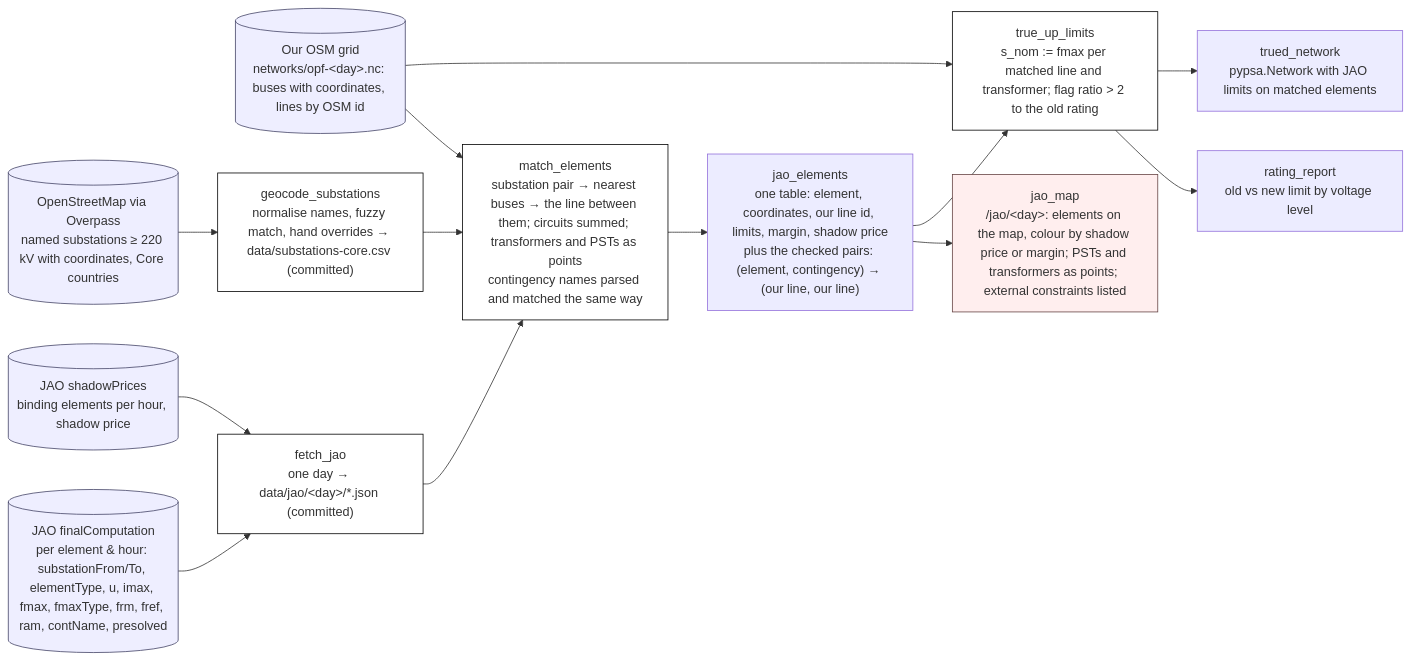
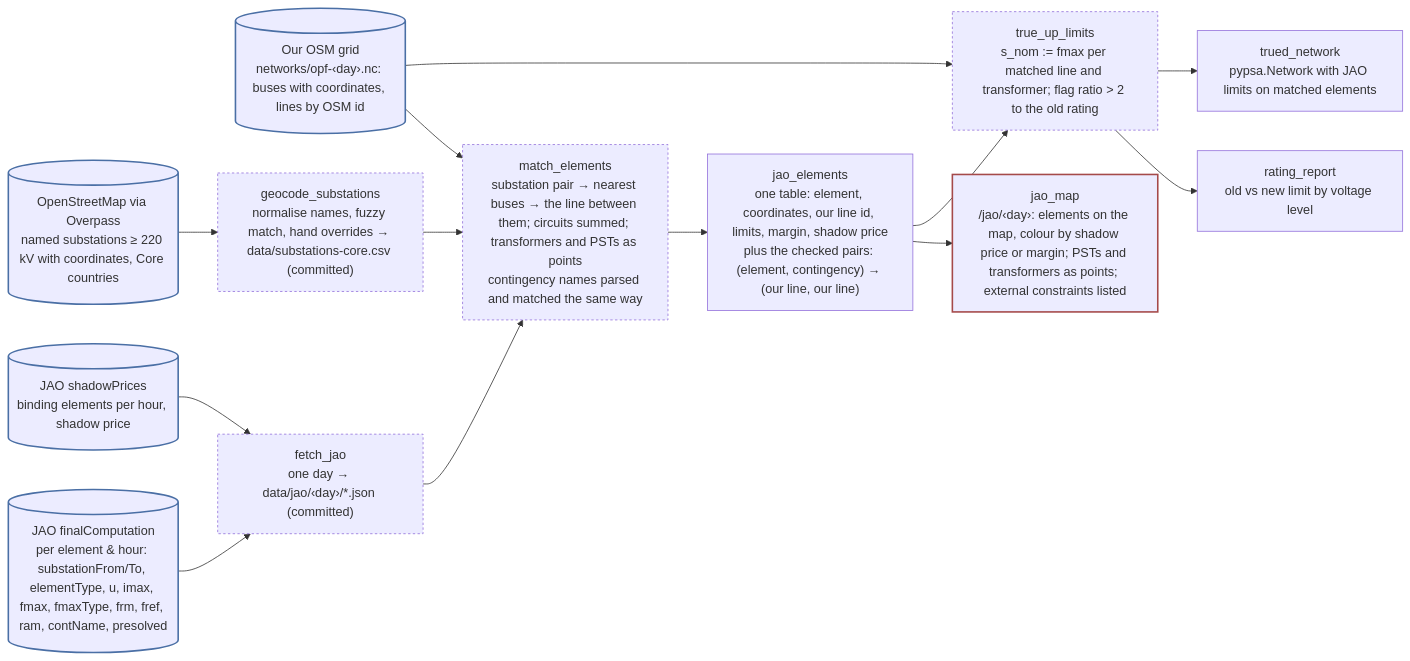
One commit to zoltanmaric/coppersushi changed the diagram in wiki/specs/jao-grid.md. Above: the diagram before and after it, drawn with Mermaid.

Commit message:
JAO spec: theme-safe diagram styling and visible placeholders
Claude-Session: https://claude.ai/code/session_01CdzMqzZiVQFcL7bXP6a2rH

````diff
--- a/wiki/specs/jao-grid.md
+++ b/wiki/specs/jao-grid.md
@@ -16,32 +16,32 @@
 ```mermaid
 flowchart LR
-    classDef src fill:#eef,stroke:#446
-    classDef xform fill:#fff,stroke:#000
-    classDef view fill:#fee,stroke:#644
+    classDef src stroke:#4a6fa5,stroke-width:2px
+    classDef xform stroke-dasharray: 3 3
+    classDef view stroke:#a54a4a,stroke-width:2px
 
     jao_fc[("JAO finalComputation<br/>per element & hour: substationFrom/To, elementType, u, imax, fmax, fmaxType, frm, fref, ram, contName, presolved")]:::src
     jao_sp[("JAO shadowPrices<br/>binding elements per hour, shadow price")]:::src
     osm_subs[("OpenStreetMap via Overpass<br/>named substations ≥ 220 kV with coordinates, Core countries")]:::src
-    grid[("Our OSM grid<br/>networks/opf-&lt;day&gt;.nc: buses with coordinates, lines by OSM id")]:::src
+    grid[("Our OSM grid<br/>networks/opf-‹day›.nc: buses with coordinates, lines by OSM id")]:::src
 
-    fetch["fetch_jao<br/>one day → data/jao/&lt;day&gt;/*.json (committed)"]:::xform
+    fetch["fetch_jao<br/>one day → data/jao/‹day›/*.json (committed)"]:::xform
     geocode["geocode_substations<br/>normalise names, fuzzy match, hand overrides → data/substations-core.csv (committed)"]:::xform
     match["match_elements<br/>substation pair → nearest buses → the line between them; circuits summed; transformers and PSTs as points<br/>contingency names parsed and matched the same way"]:::xform
     true_up["true_up_limits<br/>s_nom := fmax per matched line and transformer; flag ratio &gt; 2 to the old rating"]:::xform
 
     elements["jao_elements<br/>one table: element, coordinates, our line id, limits, margin, shadow price<br/>plus the checked pairs: (element, contingency) → (our line, our line)"]
     limits["trued_network<br/>pypsa.Network with JAO limits on matched elements"]
     report["rating_report<br/>old vs new limit by voltage level"]
 
-    map["jao_map<br/>/jao/&lt;day&gt;: elements on the map, colour by shadow price or margin; PSTs and transformers as points; external constraints listed"]:::view
+    map["jao_map<br/>/jao/‹day›: elements on the map, colour by shadow price or margin; PSTs and transformers as points; external constraints listed"]:::view
 
     jao_fc --> fetch
     jao_sp --> fetch
     fetch --> match
     osm_subs --> geocode --> match
     grid --> match --> elements
     elements --> map
     elements --> true_up
     grid --> true_up --> limits
     true_up --> report
 ```
````
